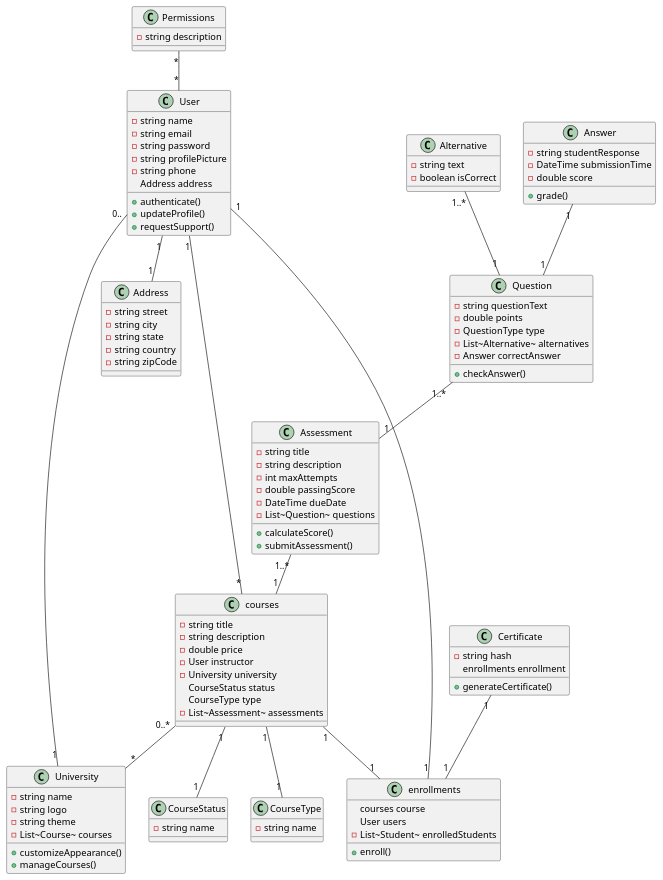
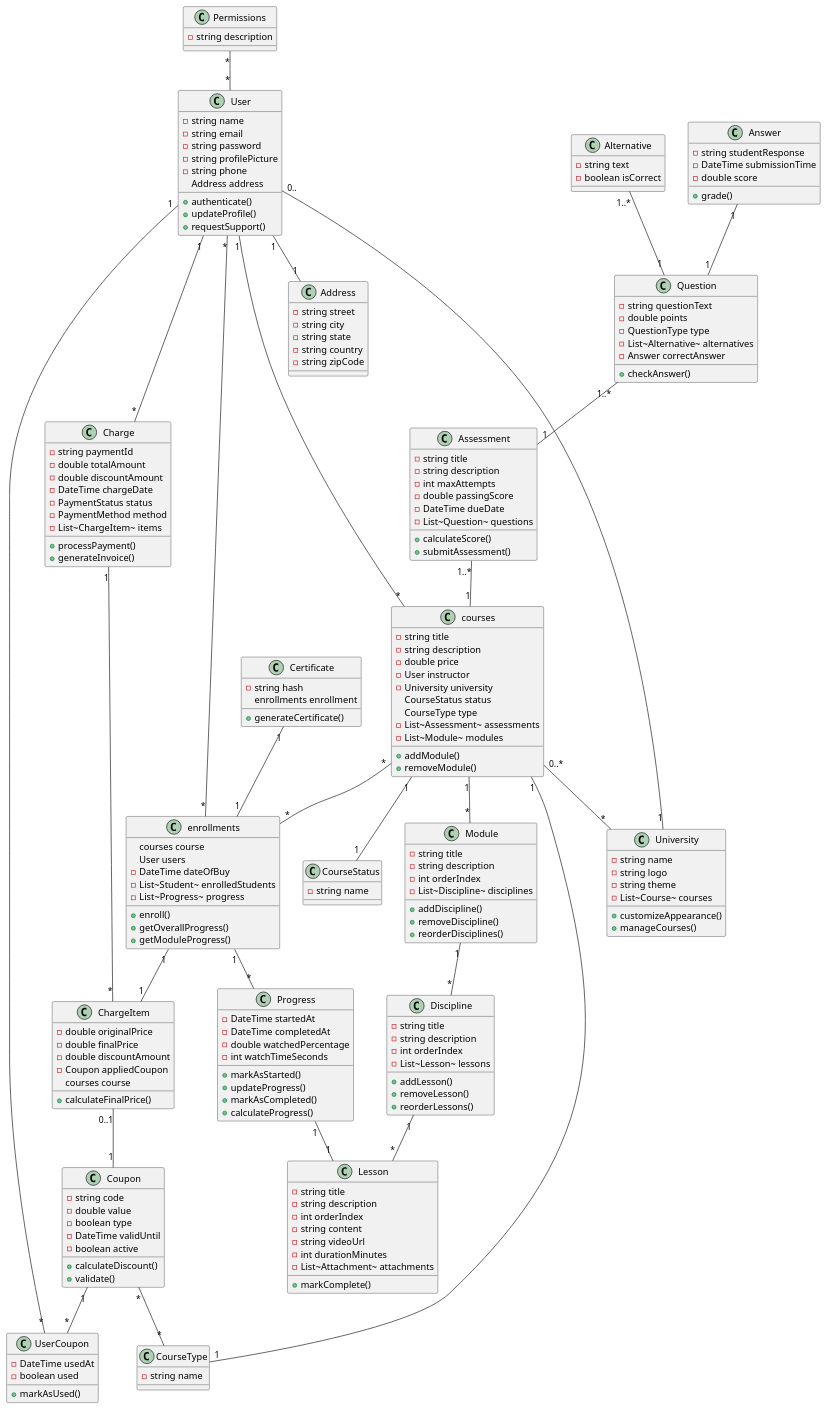
The diagram in src/main/java/org/example/AprendeJa.puml (Rakoski/ifpr_poo_uml), drawn with PlantUML before and after one commit.

```diff
--- a/src/main/java/org/example/AprendeJa.puml
+++ b/src/main/java/org/example/AprendeJa.puml
@@ -1,4 +1,5 @@
 @startuml
+' Previous classes remain the same until enrollments
 class Permissions {
     -string description
 }
@@ -41,15 +42,65 @@
     CourseStatus status
     CourseType type
     -List~Assessment~ assessments
+    -List~Module~ modules
+    +addModule()
+    +removeModule()
+}
+
+class Module {
+    -string title
+    -string description
+    -int orderIndex
+    -List~Discipline~ disciplines
+    +addDiscipline()
+    +removeDiscipline()
+    +reorderDisciplines()
+}
+
+class Discipline {
+    -string title
+    -string description
+    -int orderIndex
+    -List~Lesson~ lessons
+    +addLesson()
+    +removeLesson()
+    +reorderLessons()
+}
+
+class Lesson {
+    -string title
+    -string description
+    -int orderIndex
+    -string content
+    -string videoUrl
+    -int durationMinutes
+    -List~Attachment~ attachments
+    +markComplete()
+}
+
+class Progress {
+    -DateTime startedAt
+    -DateTime completedAt
+    -double watchedPercentage
+    -int watchTimeSeconds
+    +markAsStarted()
+    +updateProgress()
+    +markAsCompleted()
+    +calculateProgress()
 }
 
 class enrollments {
     courses course
     User users
+    -DateTime dateOfBuy
     -List~Student~ enrolledStudents
+    -List~Progress~ progress
     +enroll()
+    +getOverallProgress()
+    +getModuleProgress()
 }
 
+' Rest of the previous classes
 class CourseType {
     -string name
 }
@@ -96,10 +147,48 @@
     +grade()
 }
 
+class Coupon {
+    -string code
+    -double value
+    -boolean type
+    -DateTime validUntil
+    -boolean active
+    +calculateDiscount()
+    +validate()
+}
+
+class UserCoupon {
+    -DateTime usedAt
+    -boolean used
+    +markAsUsed()
+}
+
+class Charge {
+    -string paymentId
+    -double totalAmount
+    -double discountAmount
+    -DateTime chargeDate
+    -PaymentStatus status
+    -PaymentMethod method
+    -List~ChargeItem~ items
+    +processPayment()
+    +generateInvoice()
+}
+
+class ChargeItem {
+    -double originalPrice
+    -double finalPrice
+    -double discountAmount
+    -Coupon appliedCoupon
+    courses course
+    +calculateFinalPrice()
+}
+
+' All previous relationships
 Permissions "*" -- "*" User
 User "1" ---- "*" courses
-User "1" -- "1" enrollments
-courses "1" -- "1" enrollments
+User "*" -- "*" enrollments
+courses "*" -- "*" enrollments
 User "1" -- "1" Address
 University "1" -- "0.." User
 courses "0..*" -- "*" University
@@ -110,4 +199,16 @@
 Question "1..*" -- "1" Assessment
 Alternative "1..*" -- "1" Question
 Answer "1" -- "1" Question
+Coupon "*" -- "*" CourseType
+User "1" -- "*" UserCoupon
+Coupon "1" -- "*" UserCoupon
+User "1" -- "*" Charge
+Charge "1" -- "*" ChargeItem
+ChargeItem "0..1" -- "1" Coupon
+enrollments "1" -- "1" ChargeItem
+courses "1" -- "*" Module
+Module "1" -- "*" Discipline
+Discipline "1" -- "*" Lesson
+enrollments "1" -- "*" Progress
+Progress "1" -- "1" Lesson
 @enduml
```
